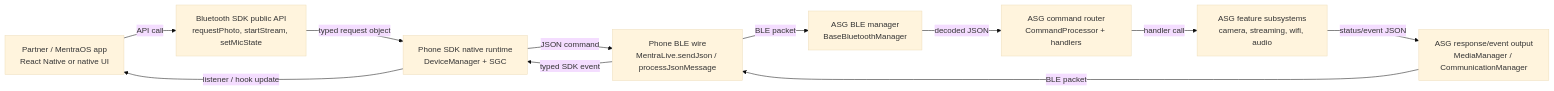
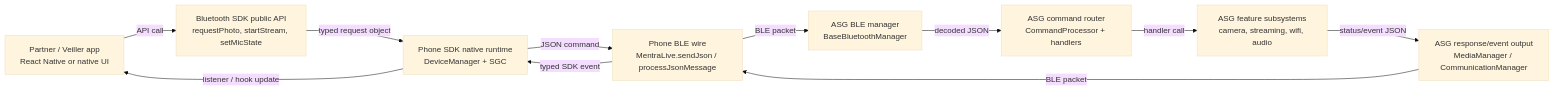
Before and after one commit to xerktech/Veiller: the second of 3 diagrams in notes/bluetooth-sdk-subsystem-tracing.md, drawn with Mermaid (base theme). The commit also changed other lines of this file and 2317 other files, not shown here.

````diff
--- a/notes/bluetooth-sdk-subsystem-tracing.md
+++ b/notes/bluetooth-sdk-subsystem-tracing.md
@@ -127,22 +127,22 @@
 ```mermaid
 flowchart LR
-    App["Partner / MentraOS app\nReact Native or native UI"]
+    App["Partner / Veiller app\nReact Native or native UI"]
     SdkApi["Bluetooth SDK public API\nrequestPhoto, startStream, setMicState"]
     PhoneSdk["Phone SDK native runtime\nDeviceManager + SGC"]
     PhoneBle["Phone BLE wire\nMentraLive.sendJson / processJsonMessage"]
     AsgBle["ASG BLE manager\nBaseBluetoothManager"]
     AsgRouter["ASG command router\nCommandProcessor + handlers"]
     AsgFeature["ASG feature subsystems\ncamera, streaming, wifi, audio"]
     AsgOut["ASG response/event output\nMediaManager / CommunicationManager"]
 
     App -->|"API call"| SdkApi
     SdkApi -->|"typed request object"| PhoneSdk
     PhoneSdk -->|"JSON command"| PhoneBle
     PhoneBle -->|"BLE packet"| AsgBle
     AsgBle -->|"decoded JSON"| AsgRouter
     AsgRouter -->|"handler call"| AsgFeature
     AsgFeature -->|"status/event JSON"| AsgOut
     AsgOut -->|"BLE packet"| PhoneBle
     PhoneBle -->|"typed SDK event"| PhoneSdk
     PhoneSdk -->|"listener / hook update"| App
 ```
````
